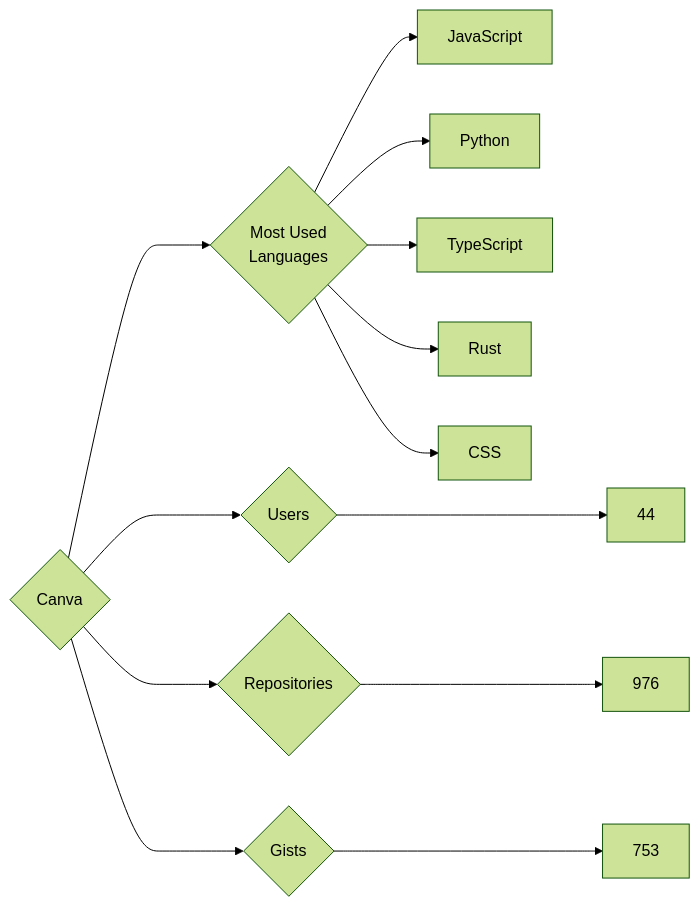
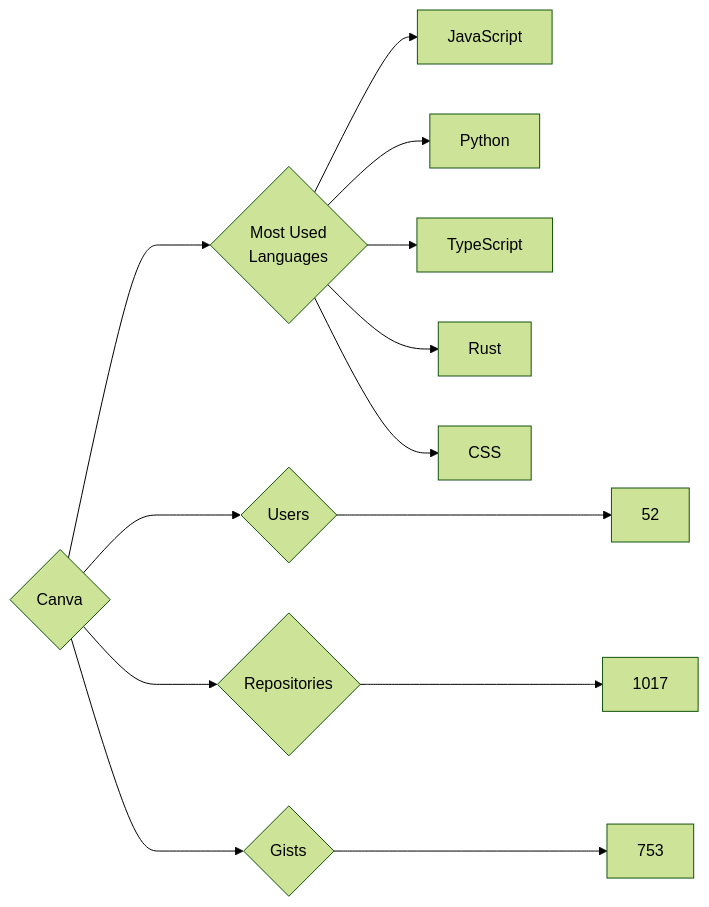
The diagram in targets/Canva/README.md (trickest/insiders), drawn with Mermaid (forest theme) before and after one commit. The commit also changed 681 other files, not shown here.

````diff
--- a/targets/Canva/README.md
+++ b/targets/Canva/README.md
@@ -3,13 +3,13 @@
 ```mermaid
 graph LR
 COMPANY_NAME{Canva}
-COMPANY_NAME ---> U{Users} ---> UN[44]
-COMPANY_NAME ---> R{Repositories} ---> RN[976]
+COMPANY_NAME ---> U{Users} ---> UN[52]
+COMPANY_NAME ---> R{Repositories} ---> RN[1017]
 COMPANY_NAME ---> G{Gists} ---> GN[753]
 COMPANY_NAME ---> ML{Most Used<br>Languages}
 ML --> JavaScript[JavaScript]
 ML --> Python[Python]
 ML --> TypeScript[TypeScript]
 ML --> Rust[Rust]
 ML --> CSS[CSS]
 ```
````
